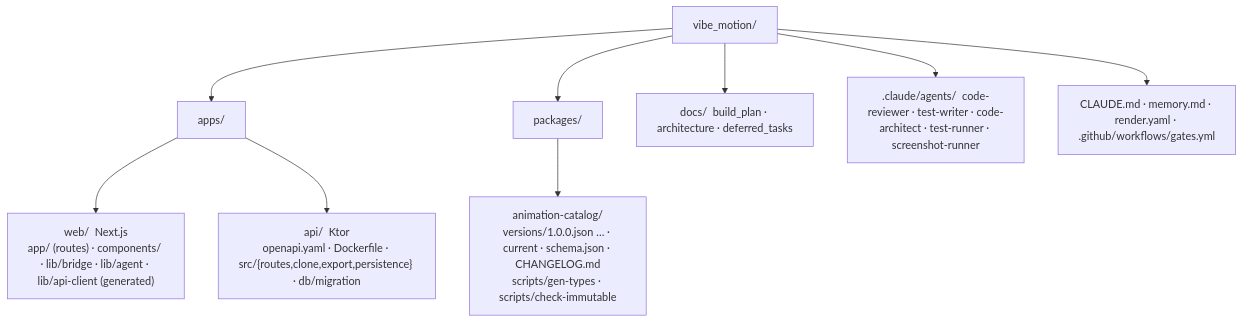
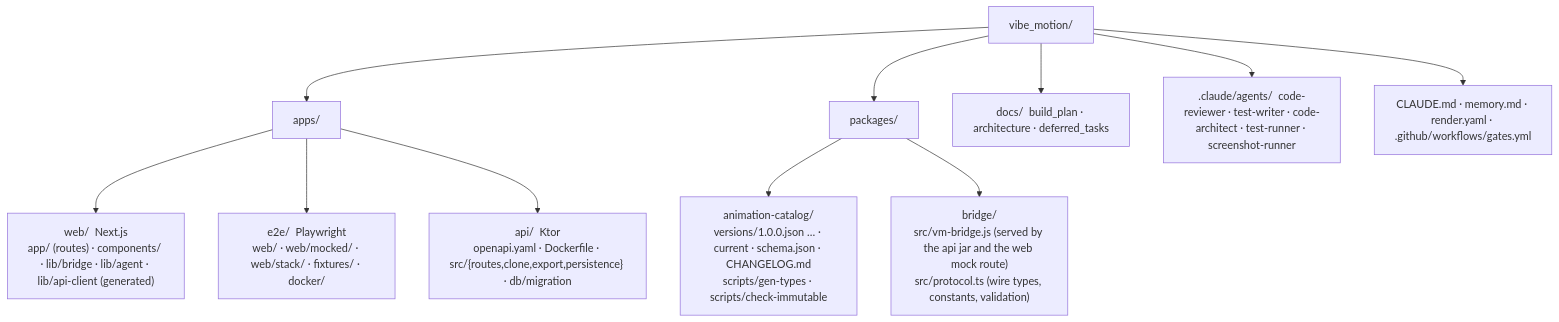
Before and after one commit to ludaxkris/vibe_motion: the second of 12 diagrams in docs/architecture.md, drawn with Mermaid. The commit also changed other lines of this file and 57 other files, not shown here.

Commit message:
feat(phase-4): selection bridge and live preview — client, API wiring, shell integration, e2e (#18)

````diff
--- a/docs/architecture.md
+++ b/docs/architecture.md
@@ -39,13 +39,15 @@
 ```mermaid
 flowchart TB
   root["vibe_motion/"]
   root --> apps["apps/"]
   root --> packages["packages/"]
   root --> docs["docs/  build_plan · architecture · deferred_tasks"]
   root --> claude[".claude/agents/  code-reviewer · test-writer · code-architect · test-runner · screenshot-runner"]
   root --> files["CLAUDE.md · memory.md · render.yaml · .github/workflows/gates.yml"]
 
   apps --> web["web/  Next.js<br/>app/ (routes) · components/ · lib/bridge · lib/agent · lib/api-client (generated)"]
+  apps --> e2e["e2e/  Playwright<br/>web/ · web/mocked/ · web/stack/ · fixtures/ · docker/"]
   apps --> api["api/  Ktor<br/>openapi.yaml · Dockerfile · src/{routes,clone,export,persistence} · db/migration"]
   packages --> cat["animation-catalog/<br/>versions/1.0.0.json … · current · schema.json · CHANGELOG.md<br/>scripts/gen-types · scripts/check-immutable"]
+  packages --> bridge["bridge/<br/>src/vm-bridge.js (served by the api jar and the web mock route)<br/>src/protocol.ts (wire types, constants, validation)"]
 ```
````
